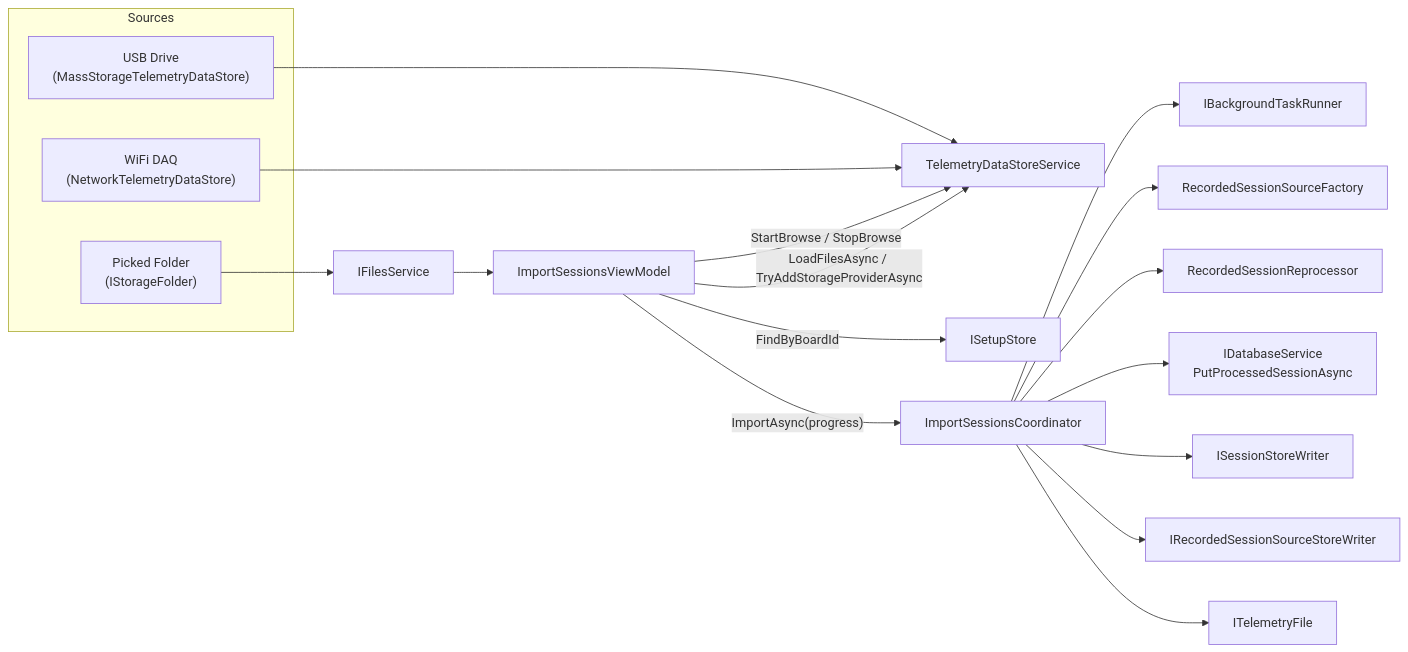
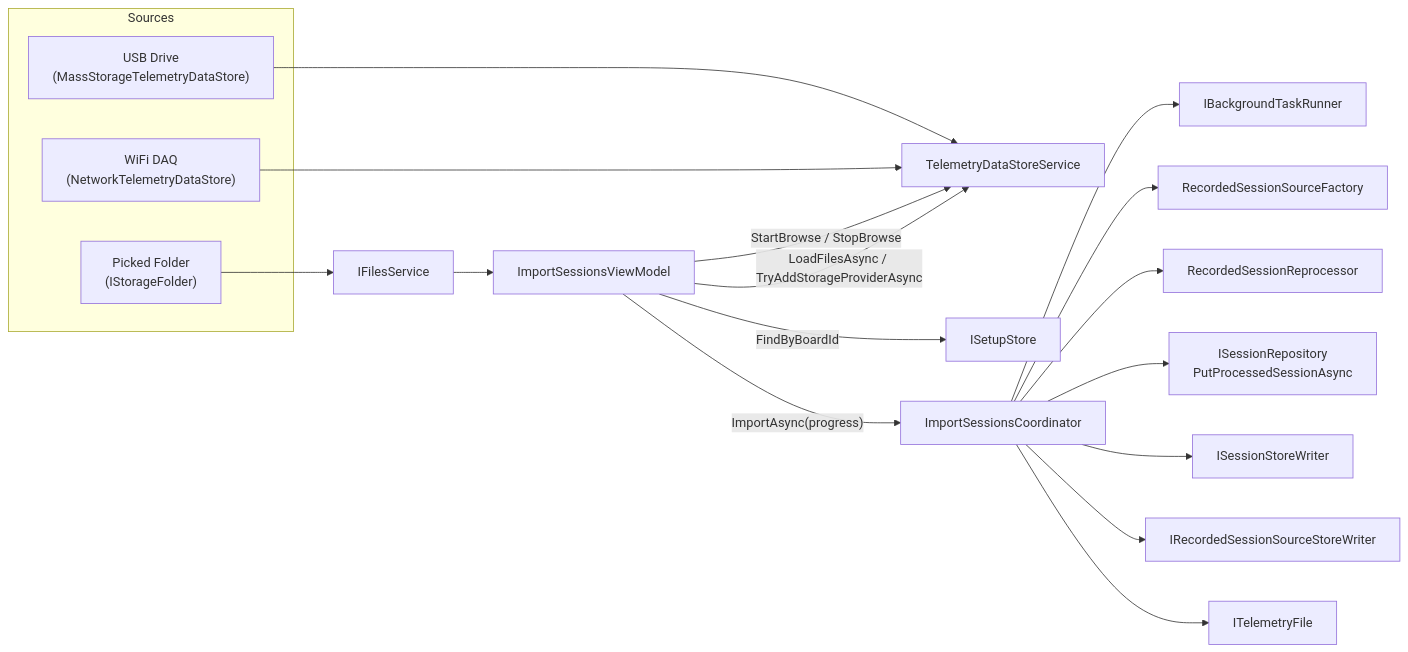
One commit to MoridinBG/Sufni.app changed the first of 2 diagrams in docs/architecture/acquisition.md. Above: the diagram before and after it, drawn with Mermaid. The commit also changed other lines of this file and 8 other files, not shown here.

Commit message:
Update persistence architecture docs

````diff
--- a/docs/architecture/acquisition.md
+++ b/docs/architecture/acquisition.md
@@ -9,24 +9,24 @@
 ```mermaid
 graph LR
     subgraph Sources
         USB["USB Drive<br/>(MassStorageTelemetryDataStore)"]
         WiFi["WiFi DAQ<br/>(NetworkTelemetryDataStore)"]
         Picker["Picked Folder<br/>(IStorageFolder)"]
     end
 
     Picker --> Files["IFilesService"]
     USB --> DSS["TelemetryDataStoreService"]
     WiFi --> DSS
     Files --> Import["ImportSessionsViewModel"]
     Import -->|"StartBrowse / StopBrowse"| DSS
     Import -->|"LoadFilesAsync / TryAddStorageProviderAsync"| DSS
     Import -->|"FindByBoardId"| SetupStore["ISetupStore"]
     Import -->|"ImportAsync(progress)"| Coord["ImportSessionsCoordinator"]
     Coord --> Runner["IBackgroundTaskRunner"]
     Coord --> SourceFactory["RecordedSessionSourceFactory"]
     Coord --> Reprocessor["RecordedSessionReprocessor"]
-    Coord --> DB["IDatabaseService<br/>PutProcessedSessionAsync"]
+    Coord --> Repo["ISessionRepository<br/>PutProcessedSessionAsync"]
     Coord --> SessionStore["ISessionStoreWriter"]
     Coord --> SourceStore["IRecordedSessionSourceStoreWriter"]
     Coord --> TelemetryFile["ITelemetryFile"]
 ```
````
